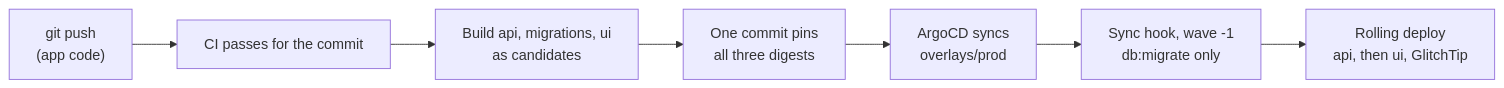
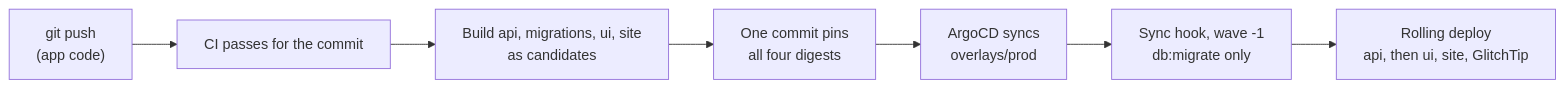
One commit to boringstack-xyz/boringstack changed the diagram in apps/docs/src/content/docs/topics/provisioning-with-k3s.mdx. Above: the diagram before and after it, drawn with Mermaid. The commit also changed other lines of this file and 19 other files, not shown here.

````diff
--- a/apps/docs/src/content/docs/topics/provisioning-with-k3s.mdx
+++ b/apps/docs/src/content/docs/topics/provisioning-with-k3s.mdx
@@ -83,12 +86,12 @@
 ```mermaid
 flowchart LR
   push["git push<br/>(app code)"]
   ci["CI passes for the commit"]
-  build["Build api, migrations, ui<br/>as candidates"]
-  pin["One commit pins<br/>all three digests"]
+  build["Build api, migrations, ui, site<br/>as candidates"]
+  pin["One commit pins<br/>all four digests"]
   argo["ArgoCD syncs<br/>overlays/prod"]
   mig["Sync hook, wave -1<br/>db:migrate only"]
-  k8s["Rolling deploy<br/>api, then ui, GlitchTip"]
+  k8s["Rolling deploy<br/>api, then ui, site, GlitchTip"]
 
   push --> ci --> build --> pin --> argo --> mig --> k8s
 ```
````
